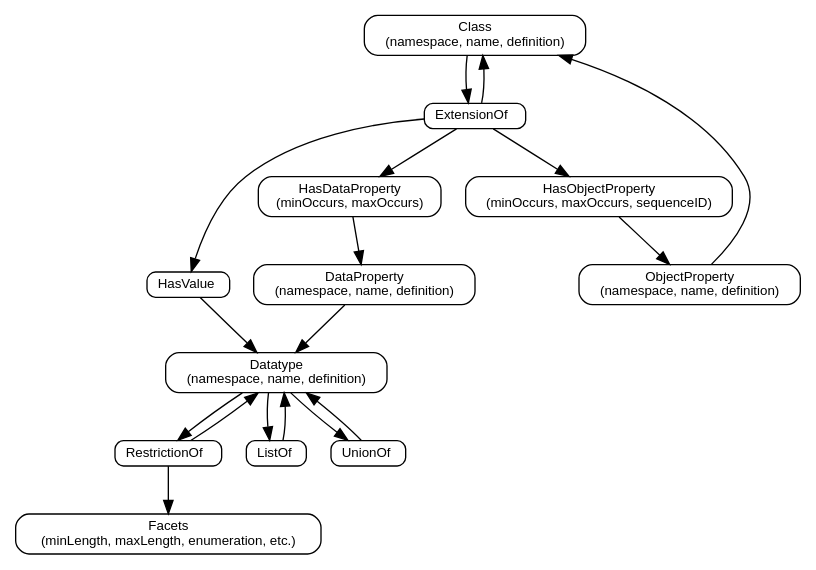
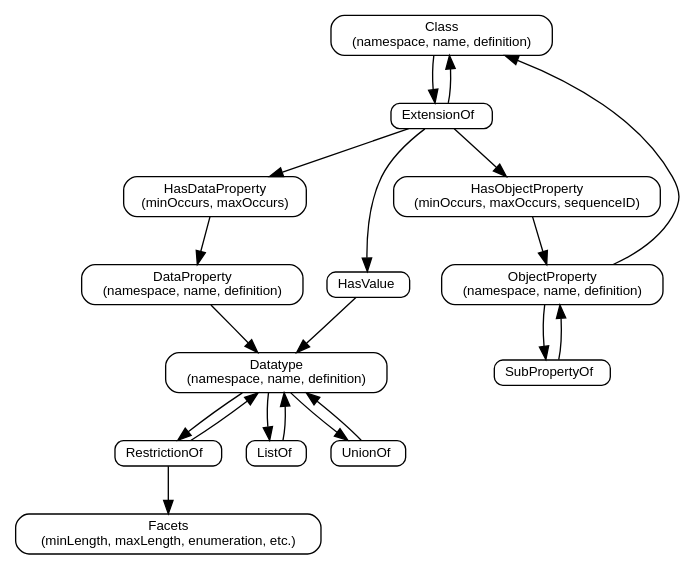
Before and after one commit to webb/niem-metamodel: the diagram in metamodel-core.dot, drawn with Graphviz. The commit also changed 14 other files, not shown here.

Commit message:
Added and updated diagrams.

```diff
--- a/metamodel-core.dot
+++ b/metamodel-core.dot
@@ -1,45 +1,48 @@
 digraph G {
   layout = dot;
   edge [fontname = "Helvetica", fontsize = 10, dir = forward];
   node [fontname = "Helvetica", fontsize = 10, width = 0, height = 0, label="\N\l"];
   rankdir = TB;
 
   node [shape=box, style=rounded];
   
 
   Class [label="\N\n(namespace, name, definition)\n"];
   ExtensionOf;
   
   Class -> ExtensionOf -> Class;
   ExtensionOf -> { HasDataProperty HasObjectProperty HasValue };
   
   ObjectProperty [label="\N\n(namespace, name, definition)\n"];
   ObjectProperty -> Class;
+
+  SubPropertyOf;
+  ObjectProperty -> SubPropertyOf -> ObjectProperty;
 
   HasValue;
   HasObjectProperty [label="\N\n(minOccurs, maxOccurs, sequenceID)\n"];
   HasDataProperty [label="\N\n(minOccurs, maxOccurs)\n"];
 
   HasValue -> Datatype;
 
   HasObjectProperty -> ObjectProperty;
 
   HasDataProperty -> DataProperty;
 
   // data property ///////////////////////////////////////////////////////
 
   DataProperty [label="\N\n(namespace, name, definition)\n"];
   DataProperty -> Datatype;
 
   Datatype [label="\N\n(namespace, name, definition)\n"];
   RestrictionOf;
 
   Datatype -> RestrictionOf -> Datatype;
   Datatype -> ListOf -> Datatype;
   Datatype -> UnionOf -> Datatype;
 
   Facets [label="\N\n(minLength, maxLength, enumeration, etc.)\n"];
   RestrictionOf -> Facets
   
 
 }
```
